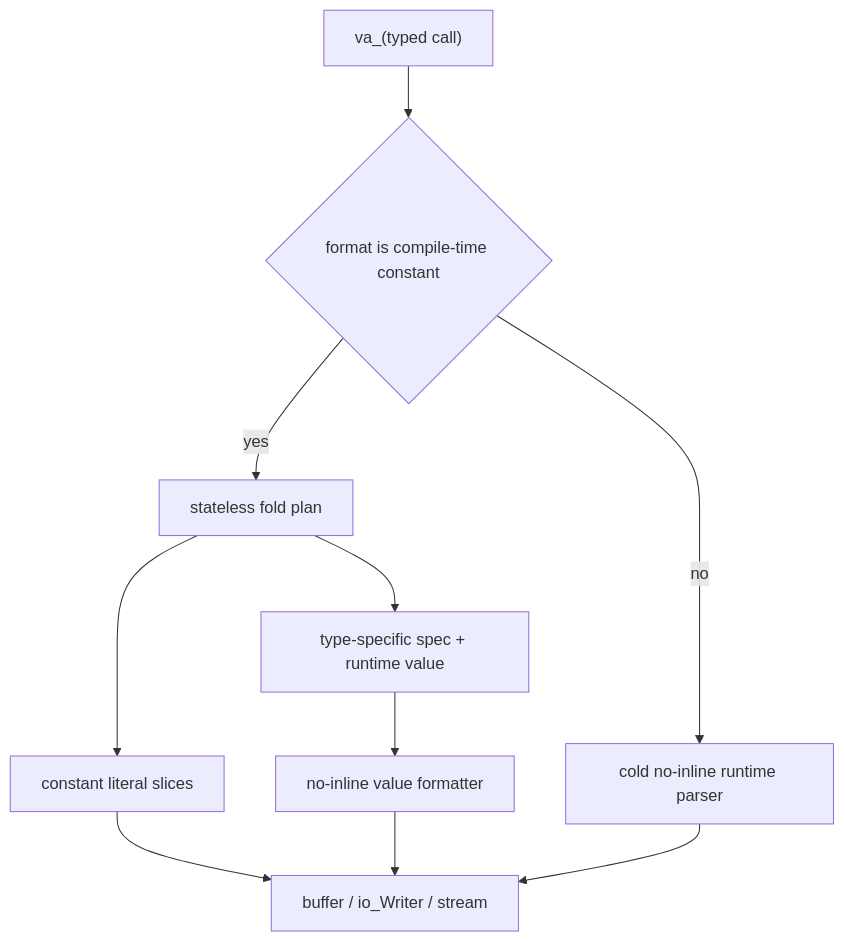
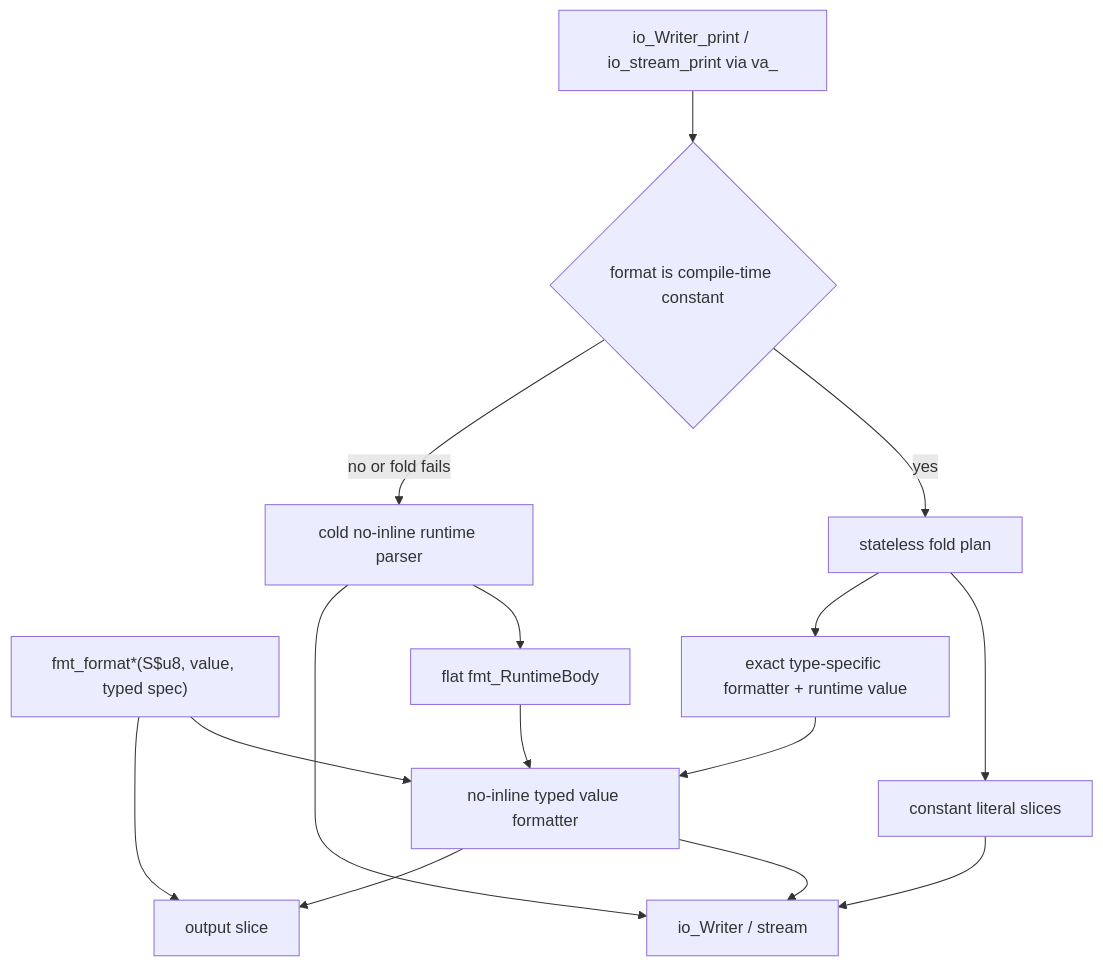
One commit to coding-pelican/dasae-headers changed the first of 3 diagrams in dh/lab/drafts/draft-fmt-foldable-full.md. Above: the diagram before and after it, drawn with Mermaid. The commit also changed other lines of this file and 2 other files, not shown here.

````diff
--- a/dh/lab/drafts/draft-fmt-foldable-full.md
+++ b/dh/lab/drafts/draft-fmt-foldable-full.md
@@ -12,12 +14,17 @@
 ```mermaid
 graph TD
-    Call["va_(typed call)"] --> Gate{"format is compile-time constant"}
+    Direct["fmt_format*(S$u8, value, typed spec)"] --> ValueCall["no-inline value formatter"]
+    Call["io_Writer_print / io_stream_print via va_"] --> Gate{"format is compile-time constant"}
     Gate -->|yes| Plan["stateless fold plan"]
     Plan --> Literal["constant literal slices"]
-    Plan --> Typed["type-specific spec + runtime value"]
-    Typed --> ValueCall["no-inline value formatter"]
-    Literal --> Sink["buffer / io_Writer / stream"]
+    Plan --> Typed["exact type-specific formatter + runtime value"]
+    Typed --> ValueCall["no-inline typed value formatter"]
+    Direct --> Buffer["output slice"]
+    Literal --> Sink["io_Writer / stream"]
     ValueCall --> Sink
-    Gate -->|no| Runtime["cold no-inline runtime parser"]
+    ValueCall --> Buffer
+    Gate -->|no or fold fails| Runtime["cold no-inline runtime parser"]
+    Runtime --> Flat["flat fmt_RuntimeBody"]
+    Flat --> ValueCall
     Runtime --> Sink
 ```
````
